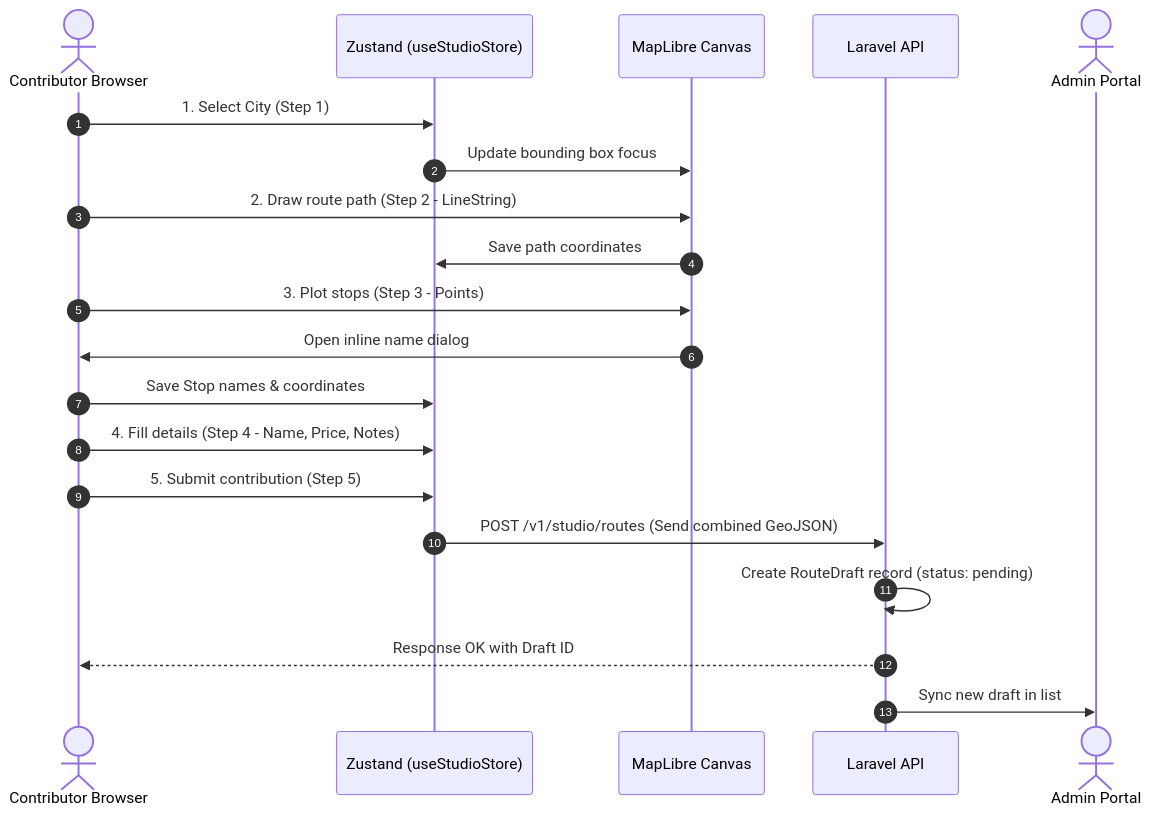
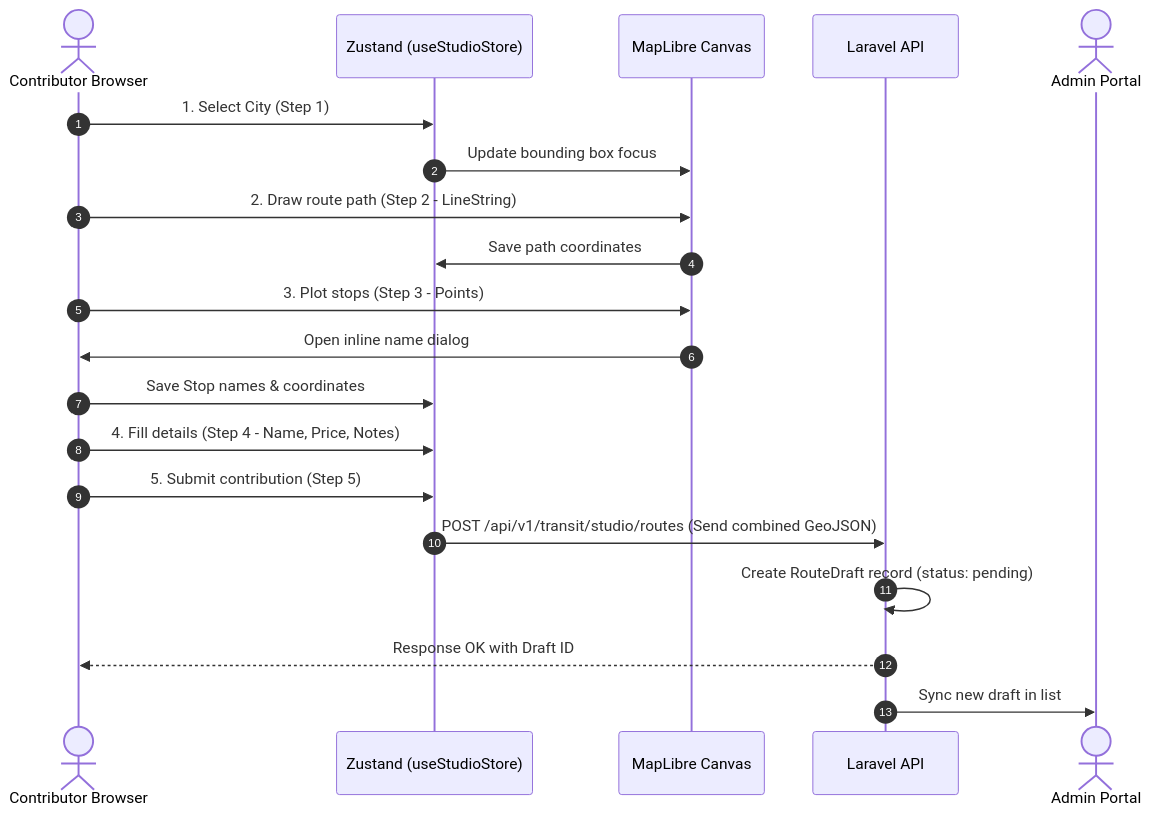
The second of 3 diagrams in docs/modules/transit.md (syrianzone/syrianzone), drawn with Mermaid before and after one commit. The commit also changed other lines of this file and 20 other files, not shown here.

````diff
--- a/docs/modules/transit.md
+++ b/docs/modules/transit.md
@@ -170,23 +170,23 @@
 ```mermaid
 sequenceDiagram
     autonumber
     actor Contributor as Contributor Browser
     participant Store as Zustand (useStudioStore)
     participant Map as MapLibre Canvas
     participant BE as Laravel API
     actor Admin as Admin Portal
 
     Contributor->>Store: 1. Select City (Step 1)
     Store->>Map: Update bounding box focus
     Contributor->>Map: 2. Draw route path (Step 2 - LineString)
     Map->>Store: Save path coordinates
     Contributor->>Map: 3. Plot stops (Step 3 - Points)
     Map->>Contributor: Open inline name dialog
     Contributor->>Store: Save Stop names & coordinates
     Contributor->>Store: 4. Fill details (Step 4 - Name, Price, Notes)
     Contributor->>Store: 5. Submit contribution (Step 5)
-    Store->>BE: POST /v1/studio/routes (Send combined GeoJSON)
+    Store->>BE: POST /api/v1/transit/studio/routes (Send combined GeoJSON)
     BE->>BE: Create RouteDraft record (status: pending)
     BE-->>Contributor: Response OK with Draft ID
     BE->>Admin: Sync new draft in list
 ```
````
